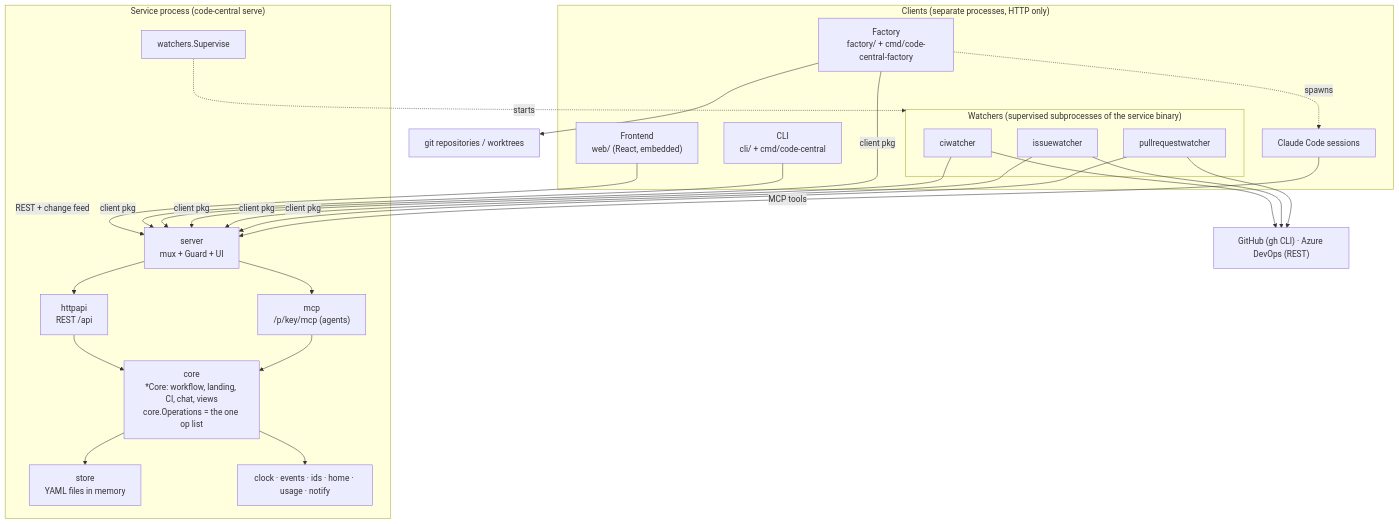
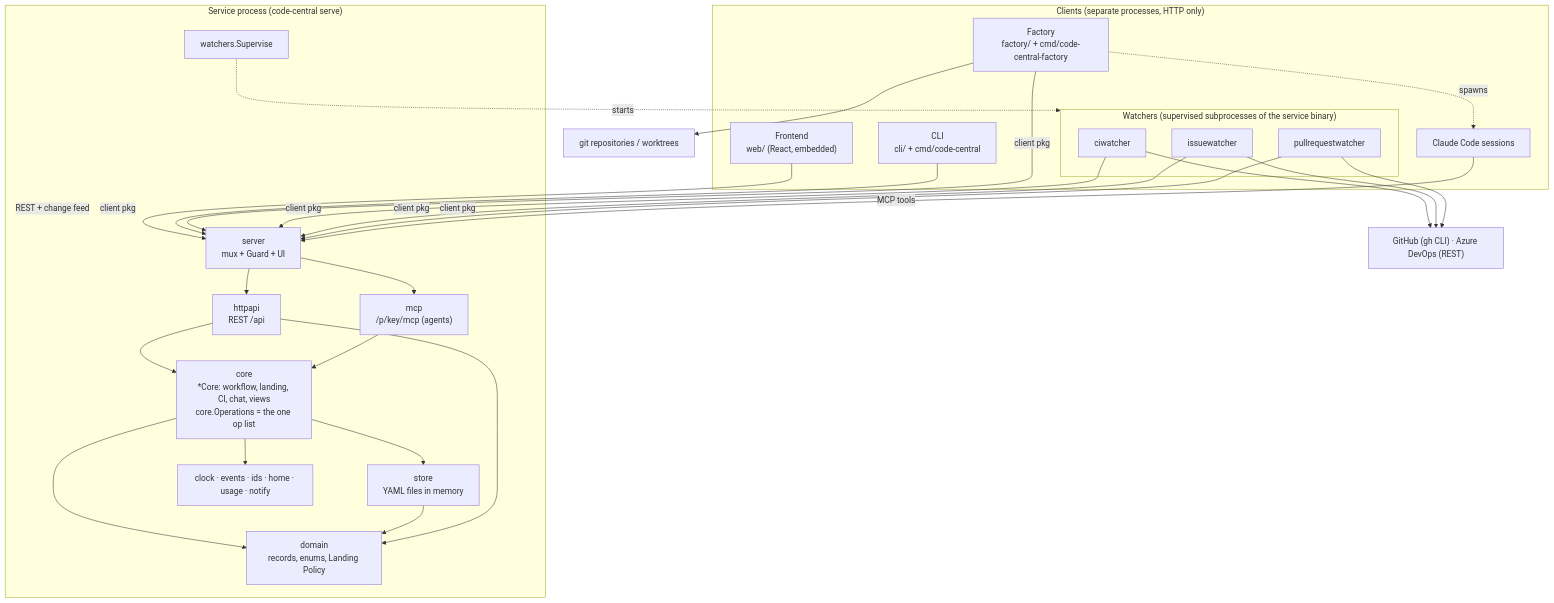
The diagram in docs/architecture.md (tomphp/code-central), drawn with Mermaid before and after one commit. The commit also changed other lines of this file and 1 other file, not shown here.

Commit message:
docs: update architecture and recipes for the domain package (code-central-1003)

````diff
--- a/docs/architecture.md
+++ b/docs/architecture.md
@@ -11,41 +11,45 @@
 ```mermaid
 flowchart TB
   subgraph Clients["Clients (separate processes, HTTP only)"]
     UI["Frontend<br/>web/ (React, embedded)"]
     CLI["CLI<br/>cli/ + cmd/code-central"]
     FAC["Factory<br/>factory/ + cmd/code-central-factory"]
     subgraph W["Watchers (supervised subprocesses of the service binary)"]
       CIW["ciwatcher"]
       ISW["issuewatcher"]
       PRW["pullrequestwatcher"]
     end
     AGENT["Claude Code sessions"]
   end
 
   subgraph Service["Service process (code-central serve)"]
     FD["server<br/>mux + Guard + UI"]
     API["httpapi<br/>REST /api"]
     MCP["mcp<br/>/p/key/mcp (agents)"]
     CORE["core<br/>*Core: workflow, landing, CI, chat, views<br/>core.Operations = the one op list"]
+    DOMAIN["domain<br/>records, enums, Landing Policy"]
     STORE["store<br/>YAML files in memory"]
     SUP["watchers.Supervise"]
     SIDE["clock · events · ids · home · usage · notify"]
   end
 
   EXT["GitHub (gh CLI) · Azure DevOps (REST)"]
   GIT["git repositories / worktrees"]
 
   UI -->|REST + change feed| FD
   CLI -->|client pkg| FD
   FAC -->|client pkg| FD
   CIW & ISW & PRW -->|client pkg| FD
   AGENT -->|MCP tools| FD
   FD --> API --> CORE
   FD --> MCP --> CORE
   CORE --> STORE
+  CORE --> DOMAIN
+  STORE --> DOMAIN
+  API --> DOMAIN
   CORE --> SIDE
   SUP -.starts.-> W
   FAC --> GIT
   FAC -.spawns.-> AGENT
   CIW & ISW & PRW --> EXT
 ```
````
